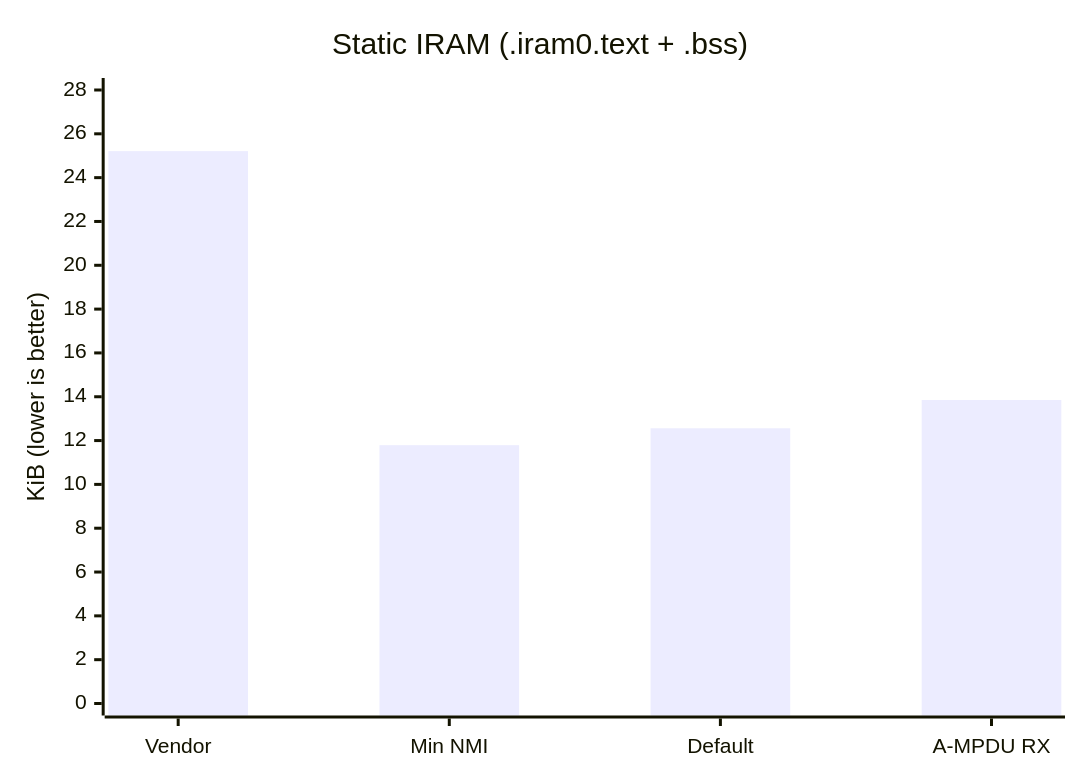
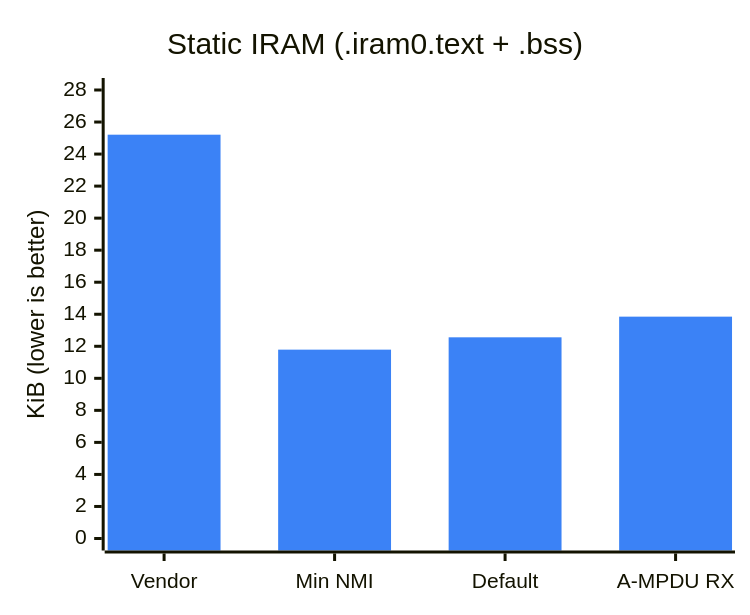
The third of 4 diagrams in components/esp8266/WIFI_DESIGN.md (Adam5Wu/ESP8266_RTOS_SDK), drawn with Mermaid before and after one commit. The commit also changed other lines of this file, not shown here.

Commit message:
docs(esp8266): enlarge and color-code IRAM/DRAM charts and wrap table deltas onto new lines

````diff
--- a/components/esp8266/WIFI_DESIGN.md
+++ b/components/esp8266/WIFI_DESIGN.md
@@ -164,7 +164,16 @@
 ```mermaid
+---
+config:
+  xyChart:
+    width: 480
+    height: 390
+  themeVariables:
+    xyChart:
+      plotColorPalette: "#3b82f6"
+---
 xychart-beta
     title "Static IRAM (.iram0.text + .bss)"
     x-axis ["Vendor", "Min NMI", "Default", "A-MPDU RX"]
     y-axis "KiB (lower is better)" 0 --> 28
     bar [25.21, 11.79, 12.56, 13.85]
 ```
````
